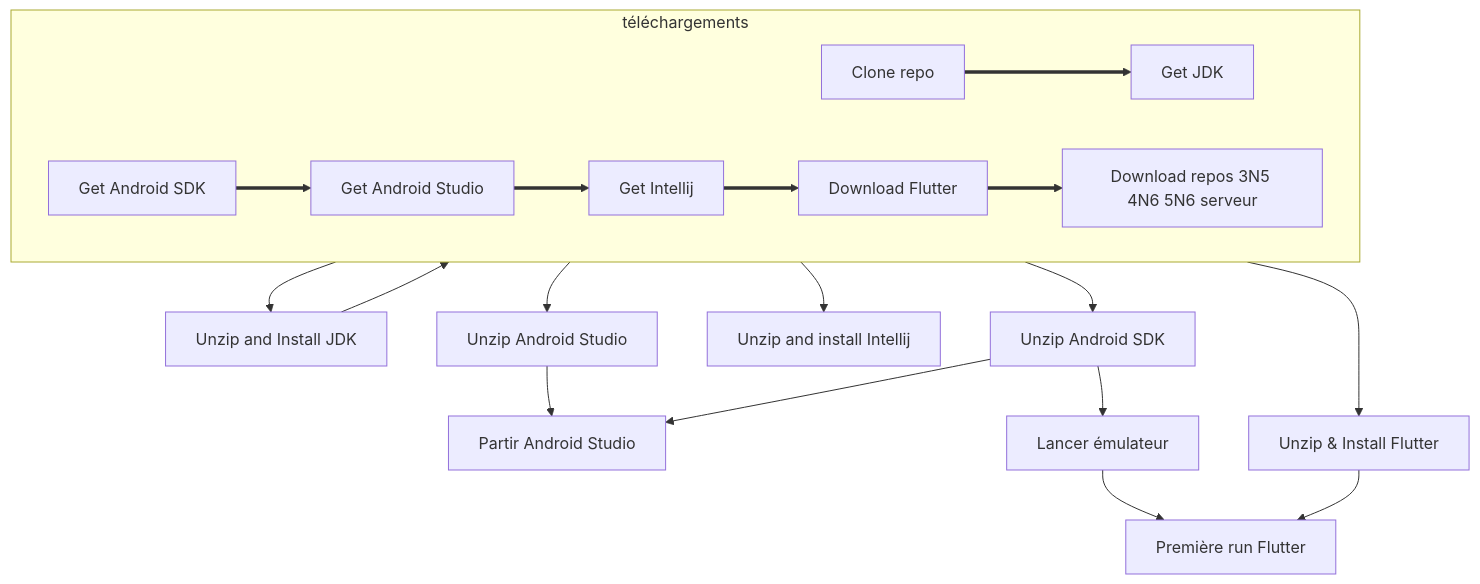
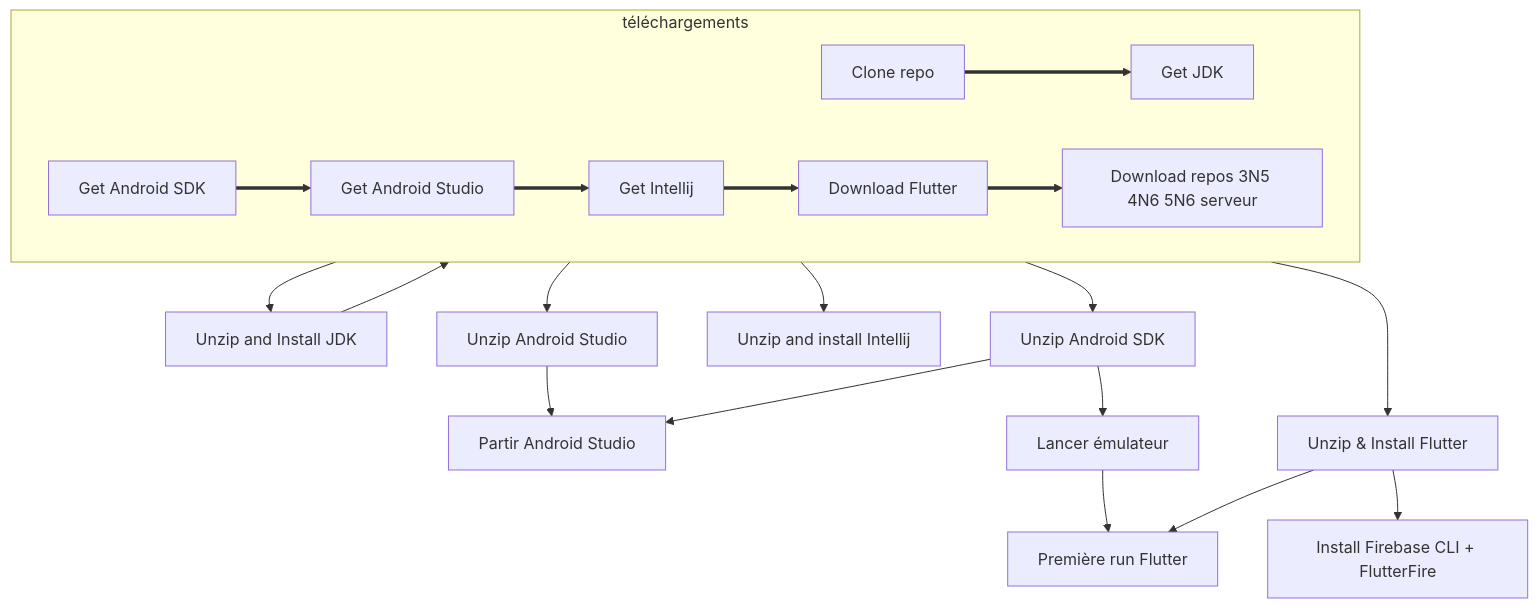
The diagram in README.md (departement-info-cem/scripts-mobile), drawn with Mermaid before and after one commit.

Commit message:
Ajout firebase and Co to mermaid

````diff
--- a/README.md
+++ b/README.md
@@ -17,41 +17,43 @@
 ```mermaid
 flowchart TD
     clone["Clone repo"]
     dJDK["Get JDK"]
     unzipJDK["Unzip and Install JDK"]
     dSDK["Get SDK"]
     unzipSDK["Unzip and install SDK"]
     dIDEA["Get Intellij"]
     unzipIDEA["Unzip and install Intellij"]
     dAS["Get Android Studio"]
     unzipAS["Unzip Android Studio"]
     startandroidstudio["Partir Android Studio"]
     dSDK["Get Android SDK"]
     unzipSDK["Unzip Android SDK"]
     dFLUTTER["Download Flutter"]
     unzipFLUTTER["Unzip & Install Flutter"]
+    firebase["Install Firebase CLI + FlutterFire"]
     repos["Download repos 3N5 4N6 5N6 serveur"]
     projetflutter["Première run Flutter"]
     emulator["Lancer émulateur"]
     subgraph téléchargements
         direction LR
         clone ==> dJDK
         dSDK ==> dAS
         dAS ==> dIDEA
         dFLUTTER ==> repos
         dIDEA ==> dFLUTTER
     end
     dJDK --> unzipJDK
     unzipJDK --> dSDK
     dSDK --> unzipSDK
     dAS --> unzipAS
     
     dIDEA --> unzipIDEA
     dFLUTTER --> unzipFLUTTER
     
     unzipAS --> startandroidstudio
     unzipSDK --> startandroidstudio
     unzipSDK --> emulator
     emulator --> projetflutter
     unzipFLUTTER --> projetflutter
+    unzipFLUTTER --> firebase
 ```
````
